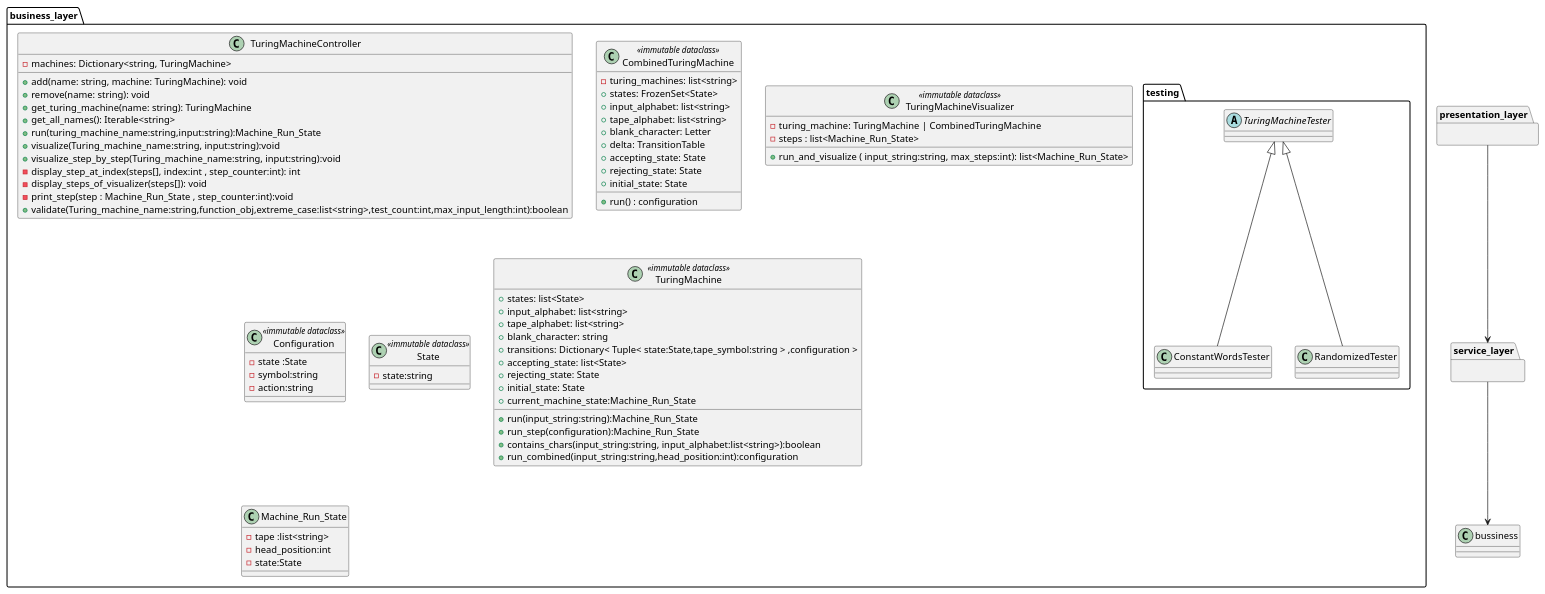
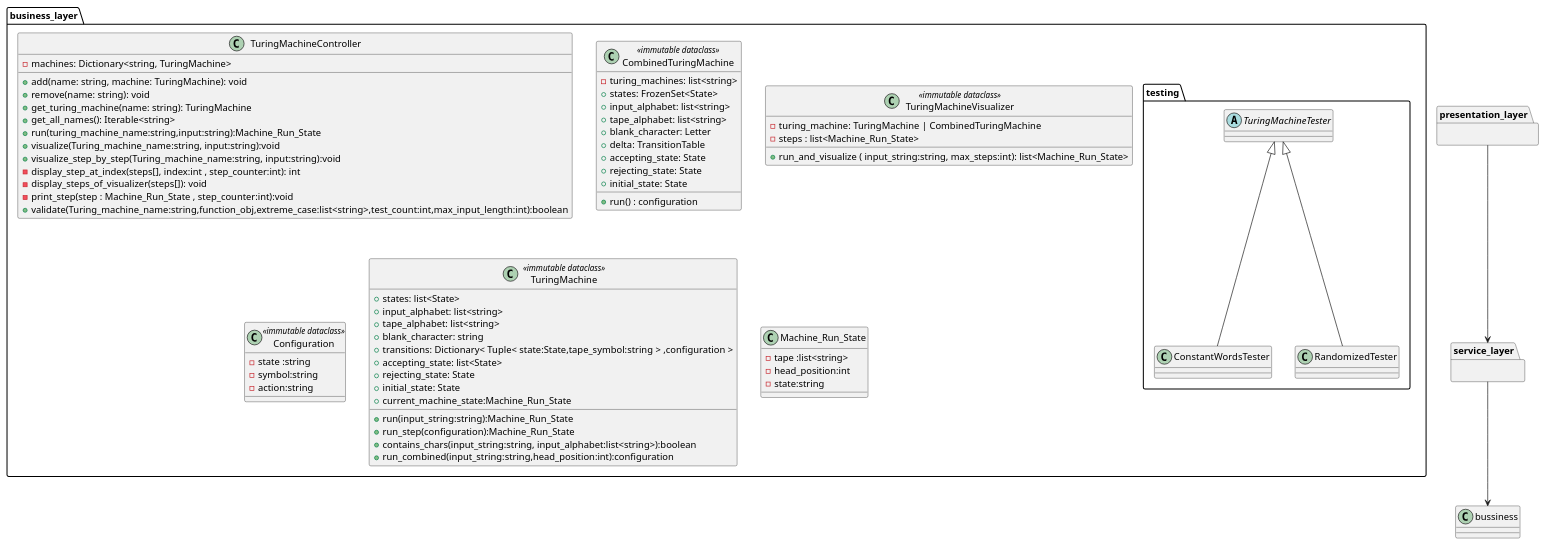
The diagram in docs/uml/bussiness_layer.puml (Turing-Machine-Tutor/Turing-Machine-Tutor), drawn with PlantUML before and after one commit. The commit also changed 7 other files, not shown here.

Commit message:
added function: validate_combined_turing_machine_with_while_condition, also updated UML

```diff
--- a/docs/uml/bussiness_layer.puml
+++ b/docs/uml/bussiness_layer.puml
@@ -1,112 +1,109 @@
 @startuml
 
 
 
 package business_layer {
     class TuringMachineController {
         - machines: Dictionary<string, TuringMachine>
 
         + add(name: string, machine: TuringMachine): void
         + remove(name: string): void
         + get_turing_machine(name: string): TuringMachine
         + get_all_names(): Iterable<string>
         + run(turing_machine_name:string,input:string):Machine_Run_State
         +visualize(Turing_machine_name:string, input:string):void
         +visualize_step_by_step(Turing_machine_name:string, input:string):void
         -display_step_at_index(steps[], index:int , step_counter:int): int
         -display_steps_of_visualizer(steps[]): void
         -print_step(step : Machine_Run_State , step_counter:int):void
         +validate(Turing_machine_name:string,function_obj,extreme_case:list<string>,test_count:int,max_input_length:int):boolean
 
     }
 
 
  class CombinedTuringMachine <<immutable dataclass>> {
         -turing_machines: list<string>
         +run() : configuration
         + states: FrozenSet<State>
         + input_alphabet: list<string>
         + tape_alphabet: list<string>
         + blank_character: Letter
         + delta: TransitionTable
         + accepting_state: State
         + rejecting_state: State
         + initial_state: State
 
     }
 
 
      class TuringMachineVisualizer <<immutable dataclass>> {
         -turing_machine: TuringMachine | CombinedTuringMachine
         -steps : list<Machine_Run_State>
         +run_and_visualize ( input_string:string, max_steps:int): list<Machine_Run_State>
     }
 
     class Configuration <<immutable dataclass>> {
-         -state :State
+         -state :string
         -symbol:string
         -action:string
     }
 
-       class State <<immutable dataclass>> {
-        -state:string
-    }
 
 
     class TuringMachine <<immutable dataclass>> {
         + states: list<State>
         + input_alphabet: list<string>
         + tape_alphabet: list<string>
         + blank_character: string
         + transitions: Dictionary< Tuple< state:State,tape_symbol:string > ,configuration >
         + accepting_state: list<State>
         + rejecting_state: State
         + initial_state: State
         +current_machine_state:Machine_Run_State
         +run(input_string:string):Machine_Run_State
         +run_step(configuration):Machine_Run_State
         +contains_chars(input_string:string, input_alphabet:list<string>):boolean
         +run_combined(input_string:string,head_position:int):configuration
 
     }
 
     class Machine_Run_State {
        -tape :list<string>
        -head_position:int
-       -state:State
+       -state:string
     }
 
 
 
 package testing {
     abstract class TuringMachineTester {
 
     }
 
     class ConstantWordsTester {
 
     }
 
     class RandomizedTester {
 
     }
 
     ConstantWordsTester -u-|> TuringMachineTester
     RandomizedTester -u-|> TuringMachineTester
 
     }
 }
 
 
 package service_layer {
 
 }
 
 package presentation_layer {
 
 }
 
 service_layer -d-> bussiness
 presentation_layer -d-> service_layer
 
 @enduml
```
